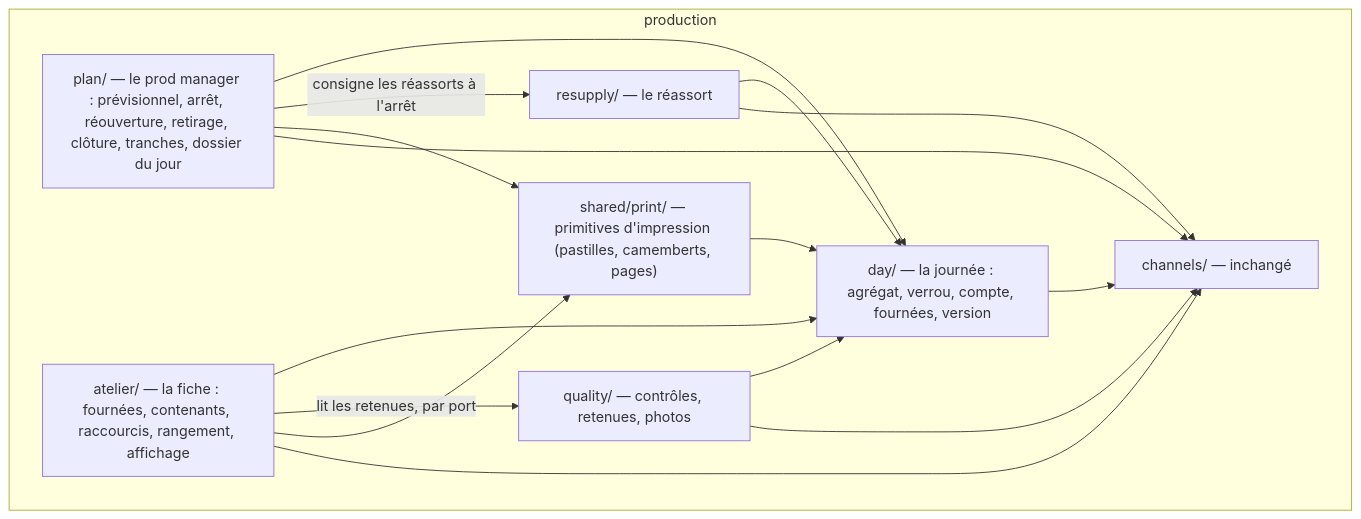
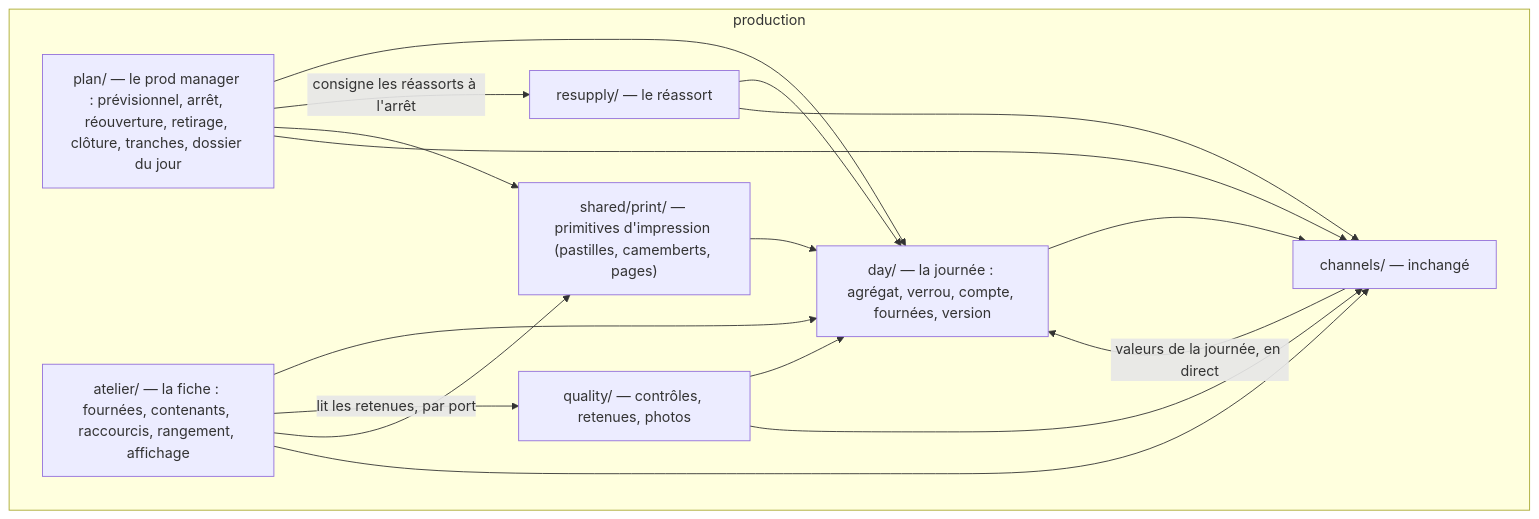
The first of 3 diagrams in documentation/fournil/plan-decoupage-du-fournil.md (hugoheynard/lfd), drawn with Mermaid before and after one commit. The commit also changed other lines of this file, not shown here.

````diff
--- a/documentation/fournil/plan-decoupage-du-fournil.md
+++ b/documentation/fournil/plan-decoupage-du-fournil.md
@@ -23,26 +24,27 @@
 ```mermaid
 flowchart TB
   subgraph production
     DAY["day/ — la journée : agrégat, verrou, compte, fournées, version"]
     PRINT["shared/print/ — primitives d'impression (pastilles, camemberts, pages)"]
     PLAN["plan/ — le prod manager : prévisionnel, arrêt, réouverture, retirage, clôture, tranches, dossier du jour"]
     ATELIER["atelier/ — la fiche : fournées, contenants, raccourcis, rangement, affichage"]
     QUALITY["quality/ — contrôles, retenues, photos"]
     RESUPPLY["resupply/ — le réassort"]
     CH["channels/ — inchangé"]
   end
   PLAN --> DAY
   ATELIER --> DAY
   QUALITY --> DAY
   RESUPPLY --> DAY
   ATELIER -->|lit les retenues, par port| QUALITY
   PLAN -->|consigne les réassorts à l'arrêt| RESUPPLY
   PLAN --> PRINT
   ATELIER --> PRINT
   PRINT --> DAY
   DAY --> CH
+  CH -->|valeurs de la journée, en direct| DAY
   PLAN --> CH
   ATELIER --> CH
   QUALITY --> CH
   RESUPPLY --> CH
 ```
````
